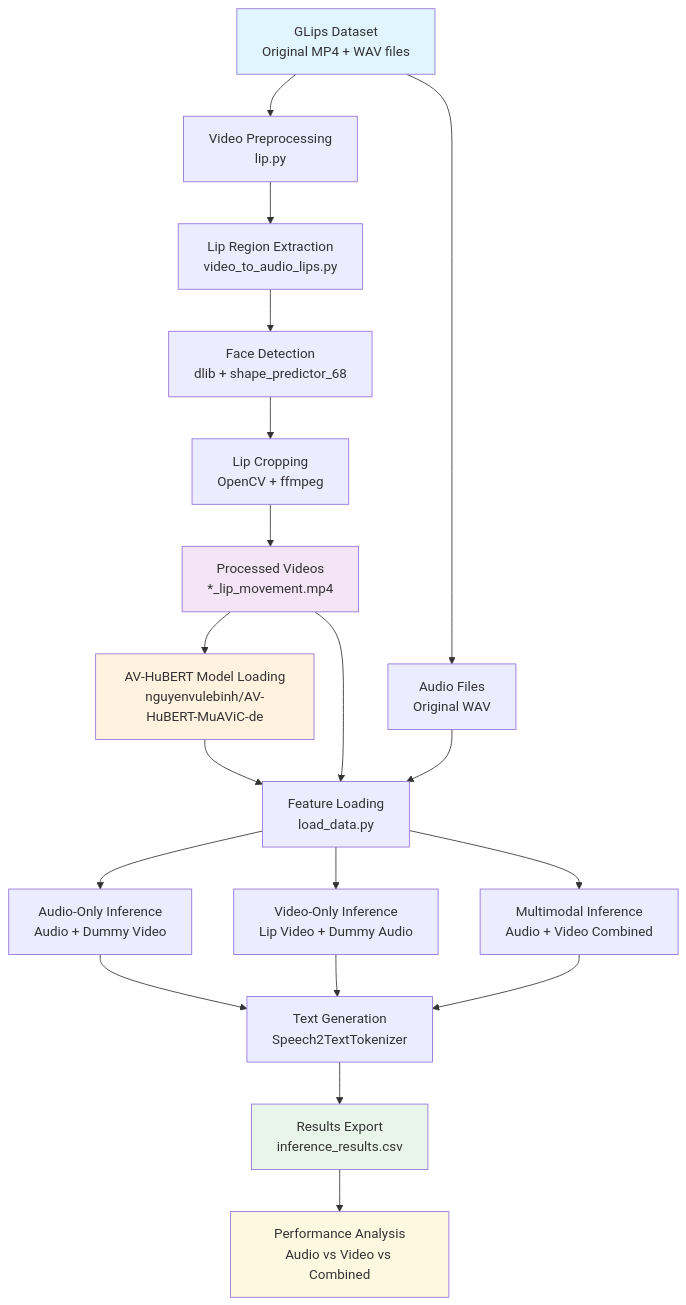
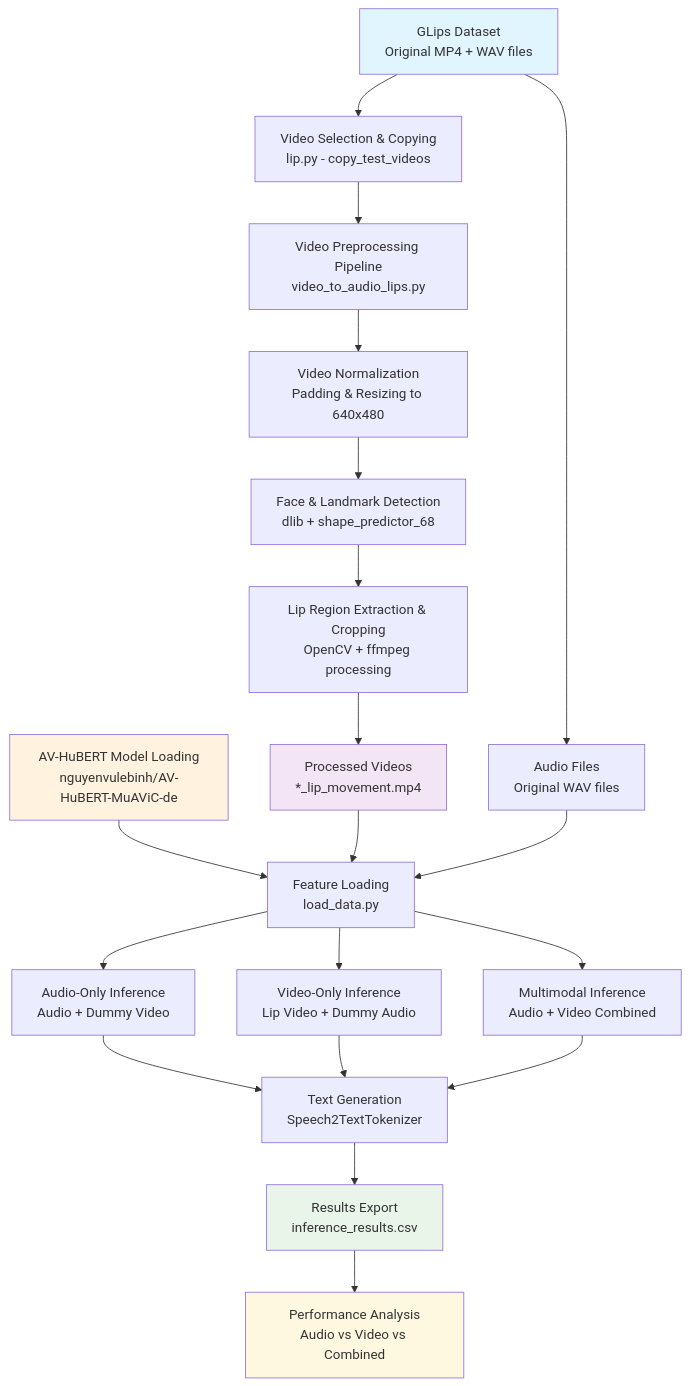
One commit to declined000/AV-HuBERT-Pipeline changed the diagram in README.md. Above: the diagram before and after it, drawn with Mermaid.

````diff
--- a/README.md
+++ b/README.md
@@ -13,33 +13,34 @@
 ```mermaid
 flowchart TD
-    A[GLips Dataset<br/>Original MP4 + WAV files] --> B[Video Preprocessing<br/>lip.py]
-    B --> C[Lip Region Extraction<br/>video_to_audio_lips.py]
-    C --> D[Face Detection<br/>dlib + shape_predictor_68]
-    D --> E[Lip Cropping<br/>OpenCV + ffmpeg]
-    E --> F[Processed Videos<br/>*_lip_movement.mp4]
+    A[GLips Dataset<br/>Original MP4 + WAV files] --> B[Video Selection & Copying<br/>lip.py - copy_test_videos]
+    B --> C[Video Preprocessing Pipeline<br/>video_to_audio_lips.py]
     
-    F --> G[AV-HuBERT Model Loading<br/>nguyenvulebinh/AV-HuBERT-MuAViC-de]
-    A --> H[Audio Files<br/>Original WAV]
+    C --> D[Video Normalization<br/>Padding & Resizing to 640x480]
+    D --> E[Face & Landmark Detection<br/>dlib + shape_predictor_68]
+    E --> F[Lip Region Extraction & Cropping<br/>OpenCV + ffmpeg processing]
+    F --> G[Processed Videos<br/>*_lip_movement.mp4]
     
-    G --> I[Feature Loading<br/>load_data.py]
-    H --> I
-    F --> I
+    A --> H[Audio Files<br/>Original WAV files]
     
-    I --> J[Audio-Only Inference<br/>Audio + Dummy Video]
-    I --> K[Video-Only Inference<br/>Lip Video + Dummy Audio]
-    I --> L[Multimodal Inference<br/>Audio + Video Combined]
+    I[AV-HuBERT Model Loading<br/>nguyenvulebinh/AV-HuBERT-MuAViC-de] --> J[Feature Loading<br/>load_data.py]
+    G --> J
+    H --> J
     
-    J --> M[Text Generation<br/>Speech2TextTokenizer]
-    K --> M
-    L --> M
+    J --> K[Audio-Only Inference<br/>Audio + Dummy Video]
+    J --> L[Video-Only Inference<br/>Lip Video + Dummy Audio]
+    J --> M[Multimodal Inference<br/>Audio + Video Combined]
     
-    M --> N[Results Export<br/>inference_results.csv]
+    K --> N[Text Generation<br/>Speech2TextTokenizer]
+    L --> N
+    M --> N
     
-    N --> O[Performance Analysis<br/>Audio vs Video vs Combined]
+    N --> O[Results Export<br/>inference_results.csv]
+    
+    O --> P[Performance Analysis<br/>Audio vs Video vs Combined]
     
     style A fill:#e1f5fe
-    style F fill:#f3e5f5
-    style G fill:#fff3e0
-    style N fill:#e8f5e8
-    style O fill:#fff8e1
+    style G fill:#f3e5f5
+    style I fill:#fff3e0
+    style O fill:#e8f5e8
+    style P fill:#fff8e1
 ```
````
